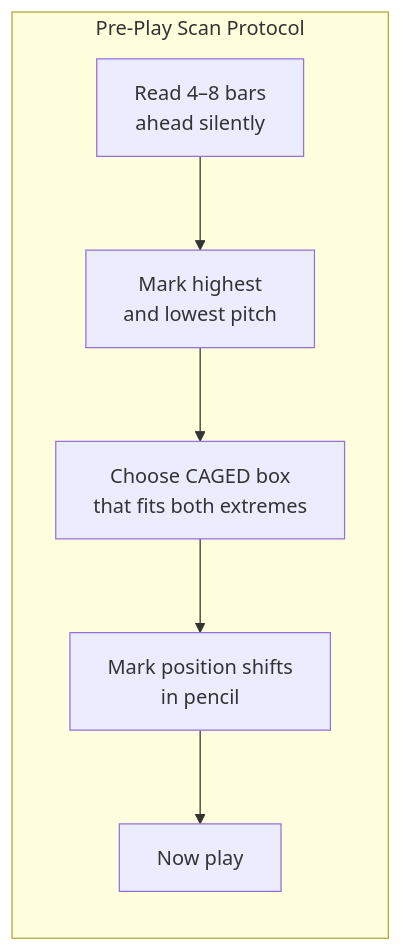
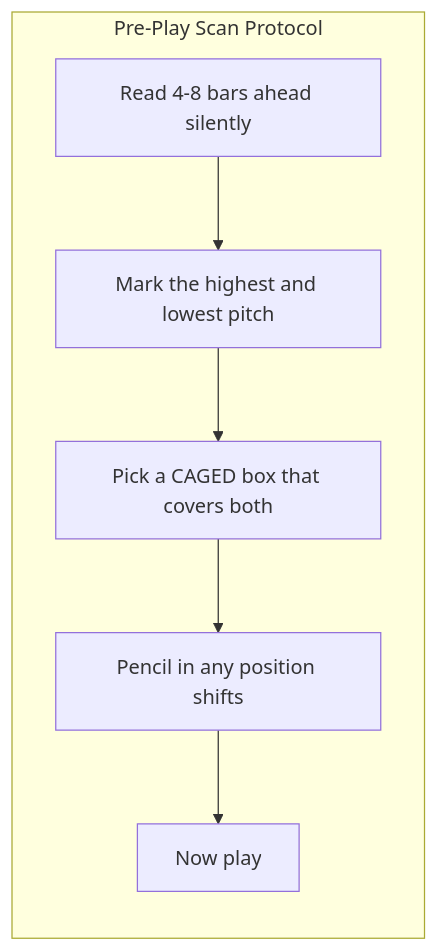
One commit to blebleblee/synapse changed the second of 3 diagrams in topics/arts/music_performance/acoustic_guitar/lesson_04_reading_tablature_and_sheet_music.md. Above: the diagram before and after it, drawn with Mermaid. The commit also changed other lines of this file and 4 other files, not shown here.

````diff
--- a/topics/arts/music_performance/acoustic_guitar/lesson_04_reading_tablature_and_sheet_music.md
+++ b/topics/arts/music_performance/acoustic_guitar/lesson_04_reading_tablature_and_sheet_music.md
@@ -512,9 +421,9 @@
 ```mermaid
 graph LR
     subgraph sub_scan ["Pre-Play Scan Protocol"]
-        A["Read 4–8 bars\nahead silently"] --> B["Mark highest\nand lowest pitch"]
-        B --> C["Choose CAGED box\nthat fits both extremes"]
-        C --> D["Mark position shifts\nin pencil"]
+        A["Read 4-8 bars ahead silently"] --> B["Mark the highest and lowest pitch"]
+        B --> C["Pick a CAGED box that covers both"]
+        C --> D["Pencil in any position shifts"]
         D --> E["Now play"]
     end
 ```
````
